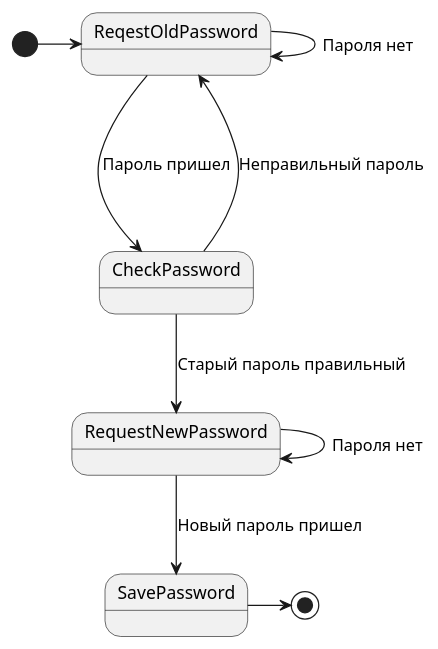
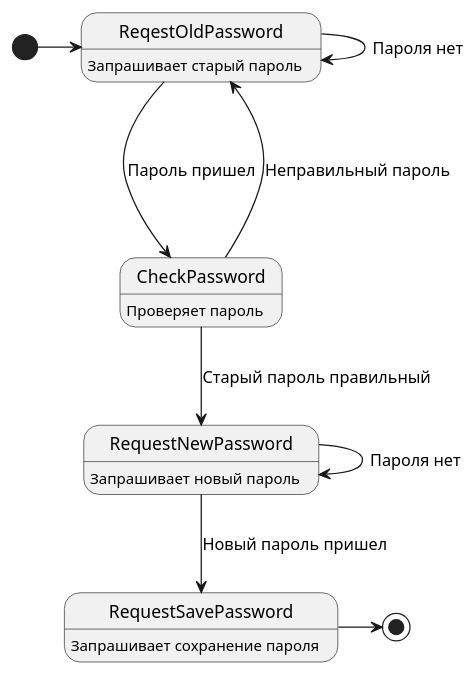
The third of 3 diagrams in docs/design.md (AKTOETO/statemachine), drawn with PlantUML before and after one commit.

Commit message:
[design] Update example scenatio

````diff
--- a/docs/design.md
+++ b/docs/design.md
@@ -107,17 +107,17 @@
 ```plantuml
 ' left to right direction
 
-state "ReqestOldPassword" as ROP
-state "CheckPassword" as CP
-state "RequestNewPassword" as RNP
-state "SavePassword" as SP
+state "ReqestOldPassword" as ROP : Запрашивает старый пароль
+state "CheckPassword" as CP : Проверяет пароль
+state "RequestNewPassword" as RNP : Запрашивает новый пароль
+state "RequestSavePassword" as RSP : Запрашивает сохранение пароля
 
 [*] -> ROP
 ROP ---> CP : Пароль пришел
 ROP -> ROP : Пароля нет
 CP ---> ROP : Неправильный пароль
 CP --> RNP : Старый пароль правильный
 RNP -> RNP: Пароля нет
-RNP --> SP : Новый пароль пришел
-SP -> [*]
+RNP --> RSP : Новый пароль пришел
+RSP -> [*]
 ```
````
